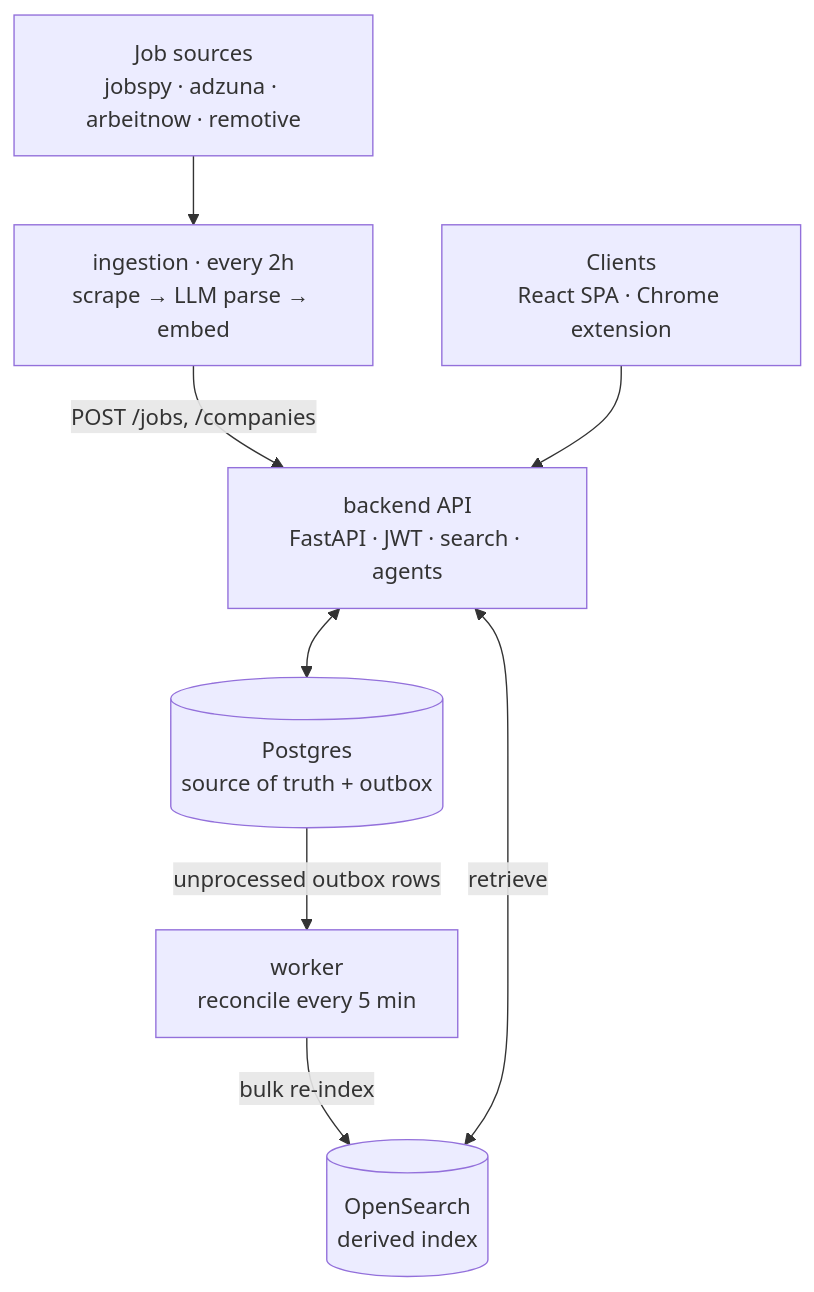
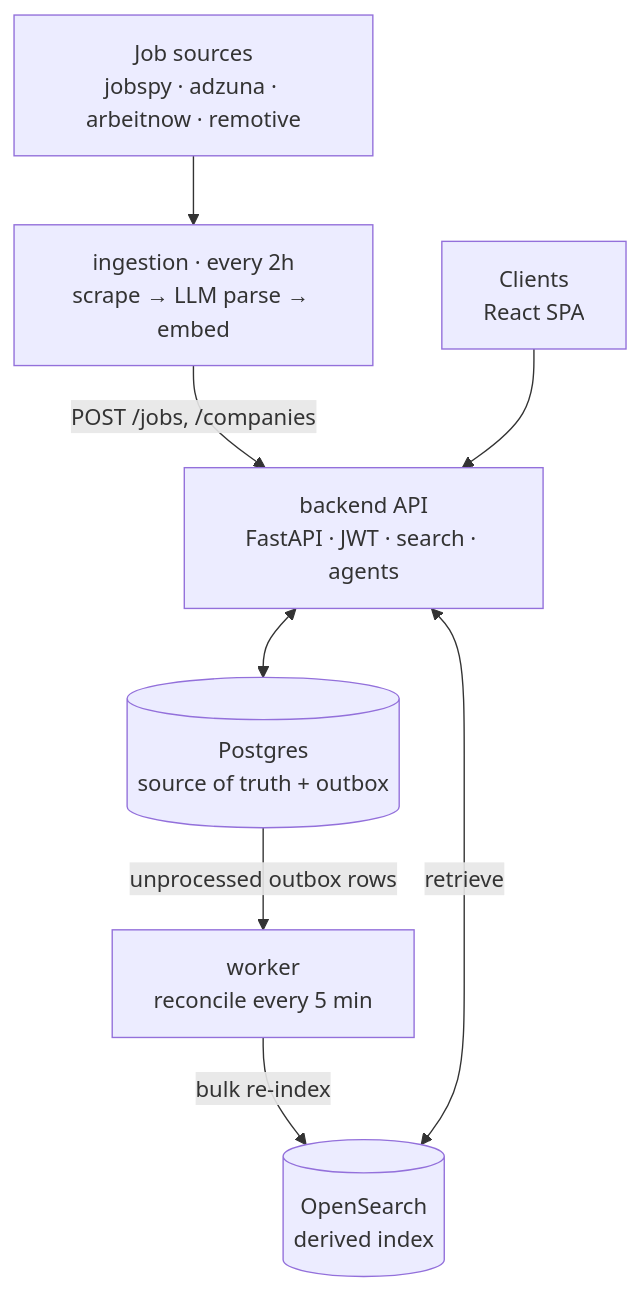
One commit to LorenzoSchiroli/jobsifty changed the first of 7 diagrams in README.md. Above: the diagram before and after it, drawn with Mermaid. The commit also changed other lines of this file and 63 other files, not shown here.

````diff
--- a/README.md
+++ b/README.md
@@ -30,18 +28,18 @@
 ```mermaid
 flowchart TB
     SRC["Job sources<br/>jobspy · adzuna · arbeitnow · remotive"]
     ING["ingestion · every 2h<br/>scrape → LLM parse → embed"]
-    CLI["Clients<br/>React SPA · Chrome extension"]
+    CLI["Clients<br/>React SPA"]
     API["backend API<br/>FastAPI · JWT · search · agents"]
     PG[("Postgres<br/>source of truth + outbox")]
     WK["worker<br/>reconcile every 5 min"]
     OS[("OpenSearch<br/>derived index")]
 
     SRC --> ING
     ING -->|"POST /jobs, /companies"| API
     CLI --> API
     API <--> PG
     PG -->|"unprocessed outbox rows"| WK
     WK -->|"bulk re-index"| OS
     API <-->|"retrieve"| OS
 ```
````
